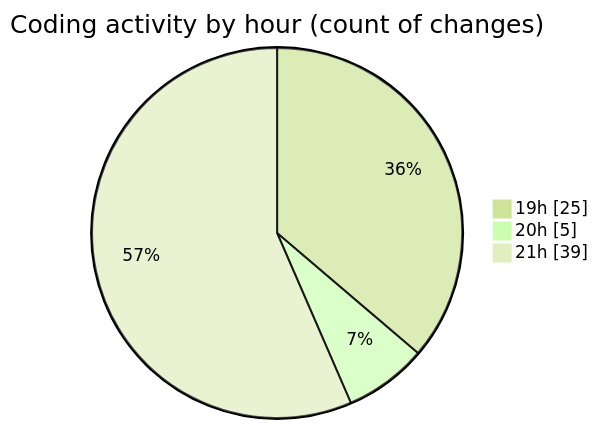
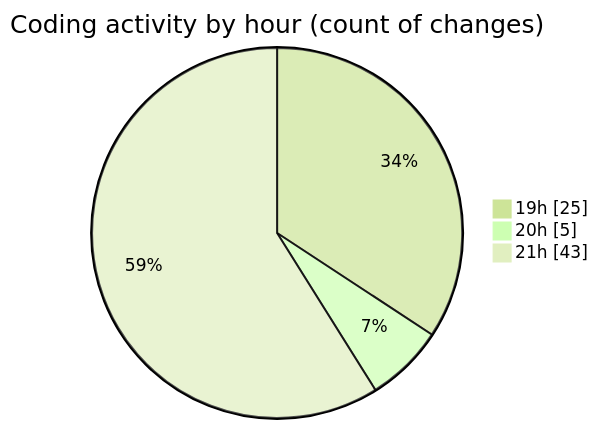
One commit to momahboobian/code-tracking changed the second of 2 diagrams in 2025-02-28/cda/README.md. Above: the diagram before and after it, drawn with Mermaid (forest theme). The commit also changed other lines of this file and 1 other file, not shown here.

````diff
--- a/2025-02-28/cda/README.md
+++ b/2025-02-28/cda/README.md
@@ -34,7 +34,7 @@
 ```mermaid
 pie showData
 title Coding activity by hour (count of changes)
 "19h" : 25
 "20h" : 5
-"21h" : 39
+"21h" : 43
 ```
````
